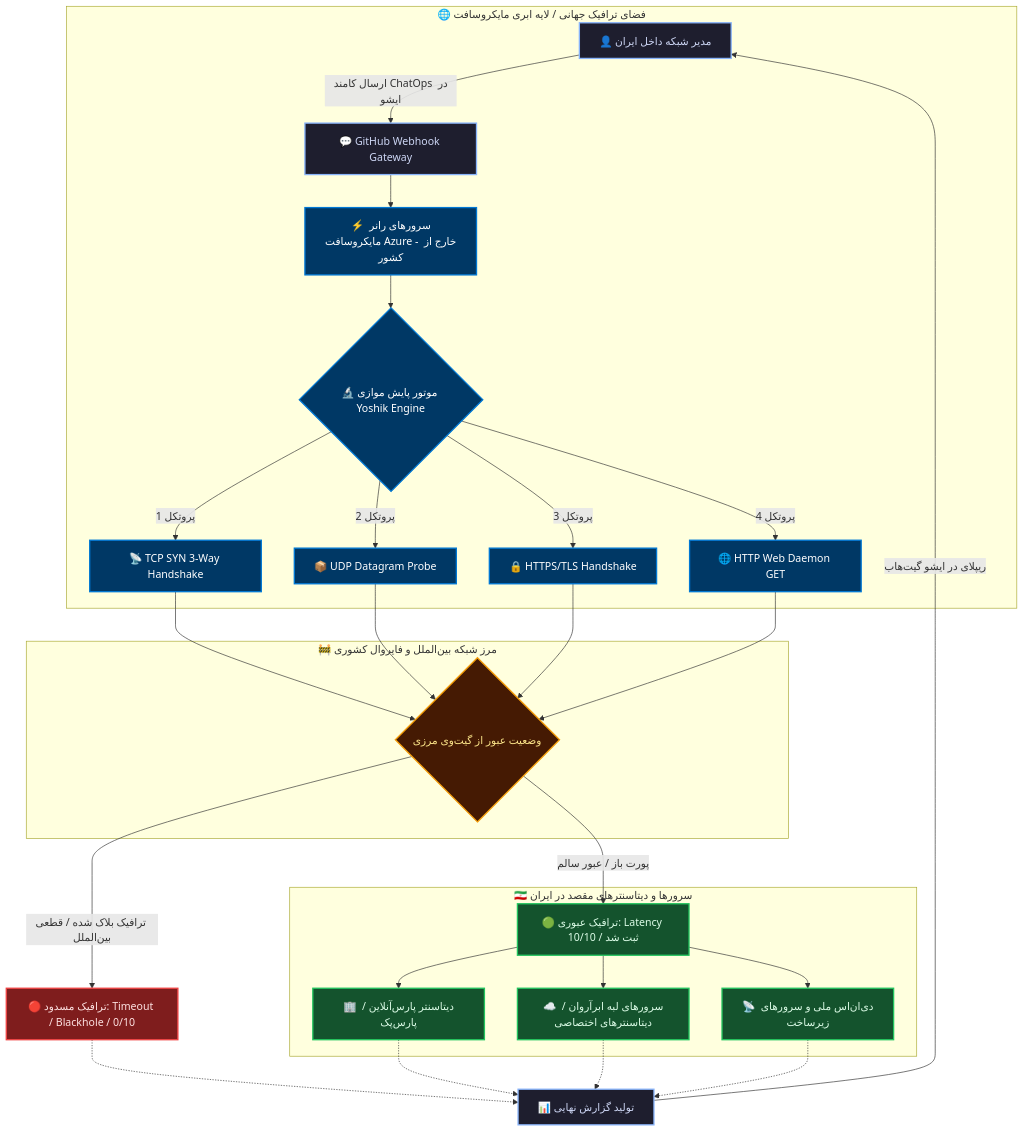
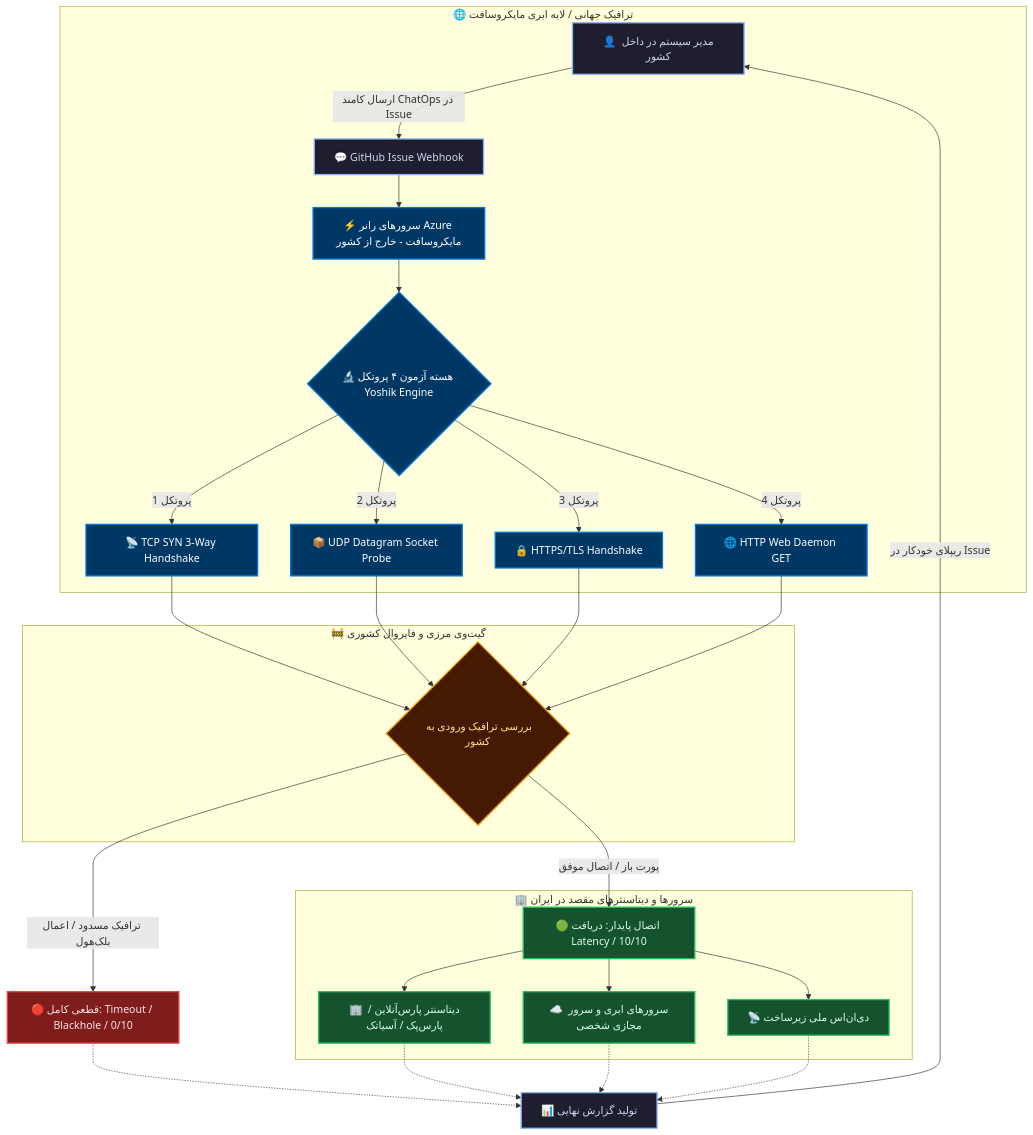
Before and after one commit to YoshikVPS/YoshikPing: the diagram in README.md, drawn with Mermaid. The commit also changed other lines of this file, not shown here.

````diff
--- a/README.md
+++ b/README.md
@@ -42,37 +104,36 @@
 ```mermaid
 flowchart TB
-    %% لایه‌های بصری سه‌بعدی
     classDef edgeCloud fill:#1e1e2e,stroke:#89b4fa,stroke-width:2px,color:#cdd6f4;
     classDef azure fill:#003865,stroke:#0078d4,stroke-width:2px,color:#ffffff;
     classDef borderGate fill:#451a03,stroke:#f59e0b,stroke-width:2px,color:#fde68a;
     classDef iranNet fill:#14532d,stroke:#22c55e,stroke-width:2px,color:#dcfce7;
     classDef dropNode fill:#7f1d1d,stroke:#ef4444,stroke-width:2px,color:#fee2e2;
 
-    subgraph GLOBAL_PLANE [🌐 فضای ترافیک جهانی / لایه ابری مایکروسافت]
-        User[👤 مدیر شبکه داخل ایران]:::edgeCloud -->|ارسال کامند ChatOps در ایشو| GHIssue[💬 GitHub Webhook Gateway]:::edgeCloud
-        GHIssue --> AzureRunner[⚡️ سرورهای رانر مایکروسافت Azure - خارج از کشور]:::azure
+    subgraph GLOBAL_PLANE [🌐 ترافیک جهانی / لایه ابری مایکروسافت]
+        User[👤 مدیر سیستم در داخل کشور]:::edgeCloud -->|ارسال کامند ChatOps در Issue| GHIssue[💬 GitHub Issue Webhook]:::edgeCloud
+        GHIssue --> AzureRunner[⚡️ سرورهای رانر Azure مایکروسافت - خارج از کشور]:::azure
         
-        AzureRunner --> EngineCore{🔬 موتور پایش موازی Yoshik Engine}:::azure
+        AzureRunner --> EngineCore{🔬 هسته آزمون ۴ پروتکل Yoshik Engine}:::azure
         EngineCore -->|پروتکل 1| T1[📡 TCP SYN 3-Way Handshake]:::azure
-        EngineCore -->|پروتکل 2| T2[📦 UDP Datagram Probe]:::azure
+        EngineCore -->|پروتکل 2| T2[📦 UDP Datagram Socket Probe]:::azure
         EngineCore -->|پروتکل 3| T3[🔒 HTTPS/TLS Handshake]:::azure
         EngineCore -->|پروتکل 4| T4[🌐 HTTP Web Daemon GET]:::azure
     end
 
-    subgraph BORDER_FIREWALL [🚧 مرز شبکه بین‌الملل و فایروال کشوری]
-        T1 & T2 & T3 & T4 --> BorderCheck{وضعیت عبور از گیت‌وی مرزی}:::borderGate
+    subgraph BORDER_FIREWALL [🚧 گیت‌وی مرزی و فایروال کشوری]
+        T1 & T2 & T3 & T4 --> BorderCheck{بررسی ترافیک ورودی به کشور}:::borderGate
     end
 
-    BorderCheck -->|ترافیک بلاک شده / قطعی بین‌الملل| BlockDrop[🔴 ترافیک مسدود: Timeout / Blackhole / 0/10]:::dropNode
-    BorderCheck -->|پورت باز / عبور سالم| AllowPass[🟢 ترافیک عبوری: Latency ثبت شد / 10/10]:::iranNet
+    BorderCheck -->|ترافیک مسدود / اعمال بلک‌هول| BlockDrop[🔴 قطعی کامل: Timeout / Blackhole / 0/10]:::dropNode
+    BorderCheck -->|پورت باز / اتصال موفق| AllowPass[🟢 اتصال پایدار: دریافت Latency / 10/10]:::iranNet
 
-    subgraph IRAN_INFRASTRUCTURE [🇮🇷 سرورها و دیتاسنترهای مقصد در ایران]
-        AllowPass --> DC1[🏢 دیتاسنتر پارس‌آنلاین / پارس‌پک]:::iranNet
-        AllowPass --> DC2[☁️ سرورهای لبه ابرآروان / دیتاسنترهای اختصاصی]:::iranNet
-        AllowPass --> DC3[📡 دی‌ان‌اس ملی و سرورهای زیرساخت]:::iranNet
+    subgraph IRAN_INFRASTRUCTURE [🏢 سرورها و دیتاسنترهای مقصد در ایران]
+        AllowPass --> DC1[🏢 دیتاسنتر پارس‌آنلاین / پارس‌پک / آسیاتک]:::iranNet
+        AllowPass --> DC2[☁️ سرورهای ابری و سرور مجازی شخصی]:::iranNet
+        AllowPass --> DC3[📡 دی‌ان‌اس ملی زیرساخت]:::iranNet
     end
 
     BlockDrop -.-> SummaryResult[📊 تولید گزارش نهایی]:::edgeCloud
     DC1 & DC2 & DC3 -.-> SummaryResult
-    SummaryResult -->|ریپلای در ایشو گیت‌هاب| User
+    SummaryResult -->|ریپلای خودکار در Issue| User
 ```
````
